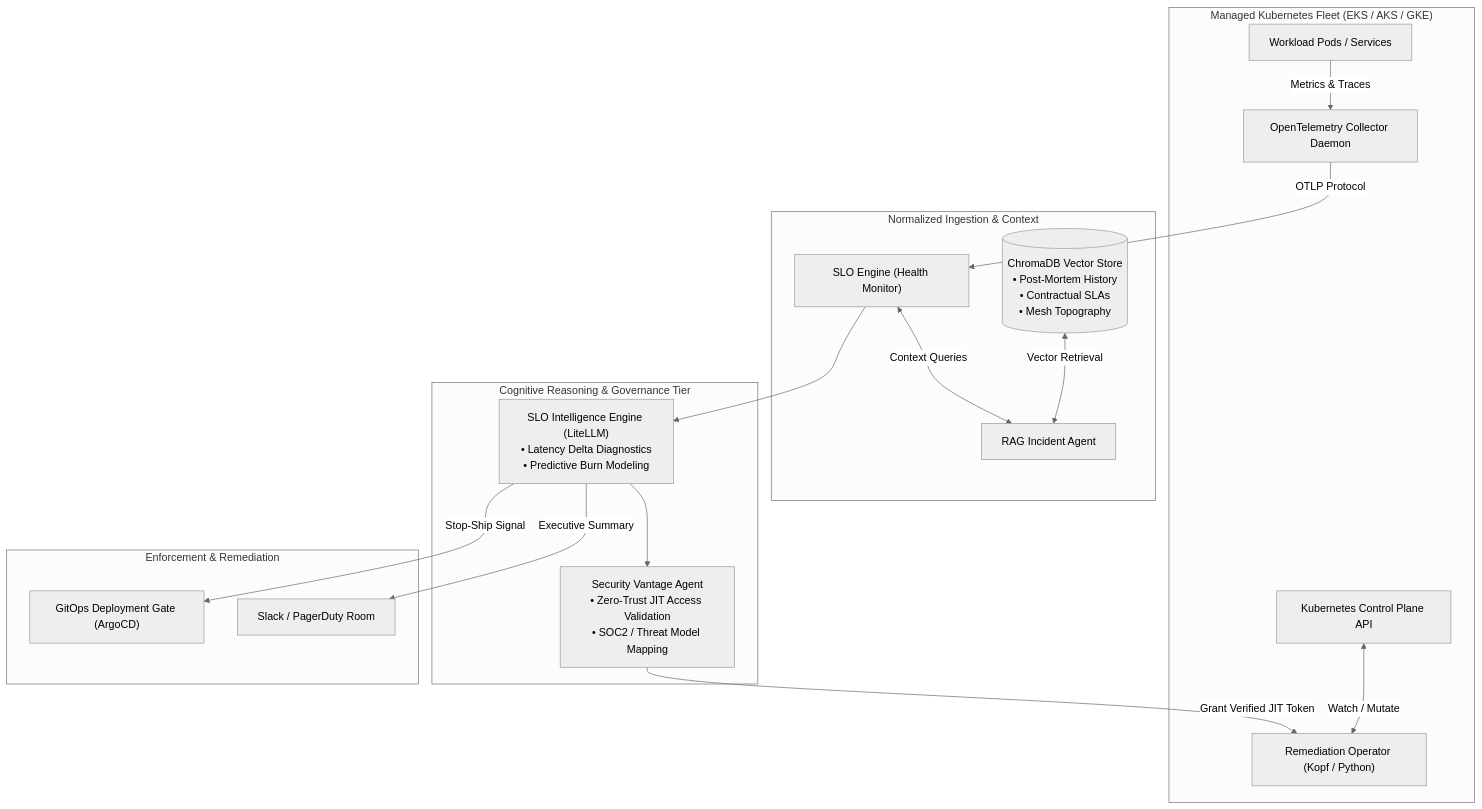
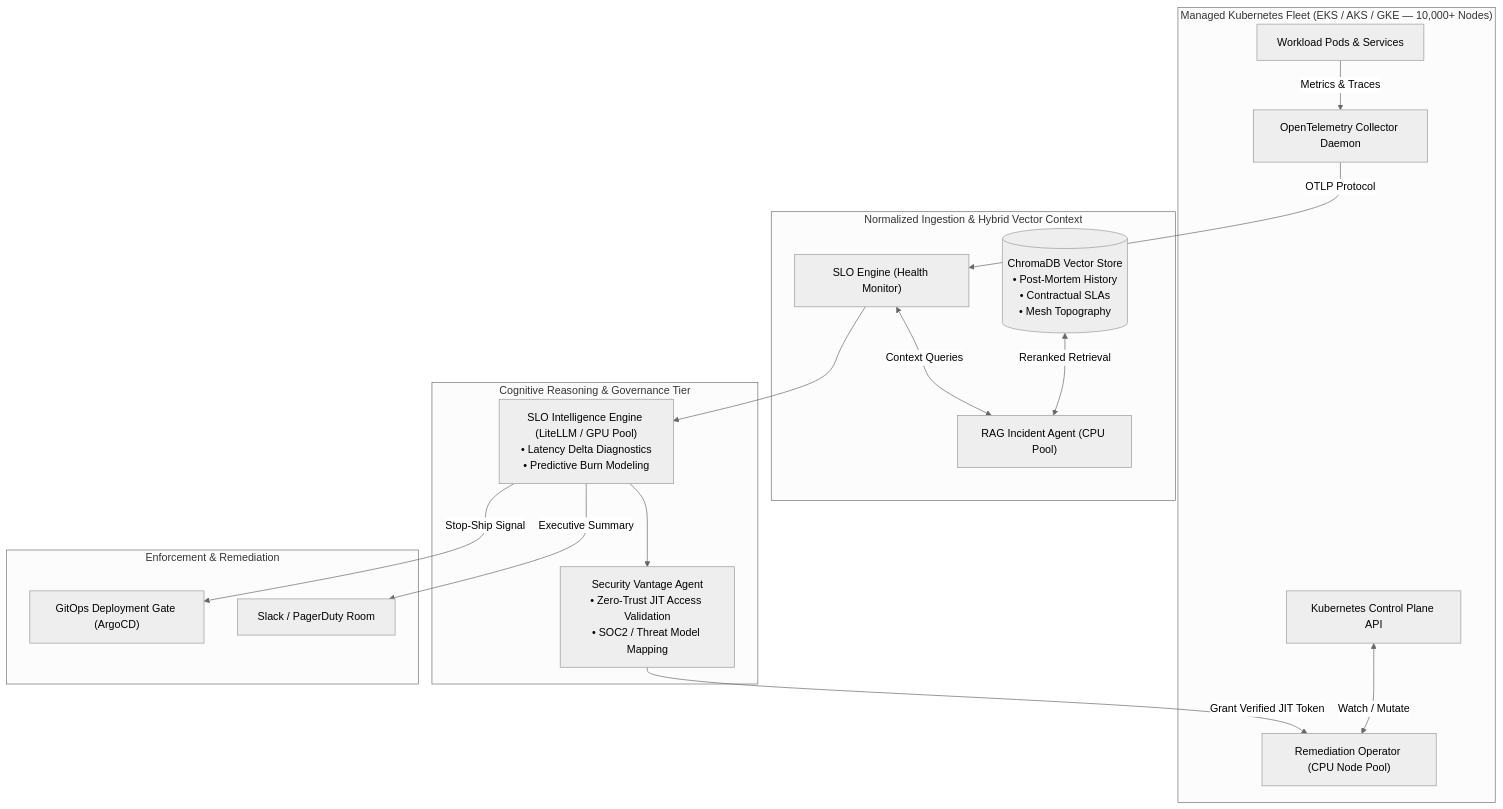
One commit to hoomanp/kube-sre-vantage changed the first of 2 diagrams in README.md. Above: the diagram before and after it, drawn with Mermaid (neutral theme). The commit also changed other lines of this file, not shown here.

Commit message:
docs: add CPU vs GPU orchestration node pool unbundling, RAG retrieval precision, and plain technical style

````diff
--- a/README.md
+++ b/README.md
@@ -45,24 +57,24 @@
 ```mermaid
 flowchart TD
-    subgraph K8sFleet["Managed Kubernetes Fleet (EKS / AKS / GKE)"]
-        Workload["Workload Pods / Services"] -->|Metrics & Traces| OTelDaemon["OpenTelemetry Collector Daemon"]
-        K8sAPI["Kubernetes Control Plane API"] <-->|Watch / Mutate| KopfCtrl["Remediation Operator (Kopf / Python)"]
+    subgraph K8sFleet["Managed Kubernetes Fleet (EKS / AKS / GKE — 10,000+ Nodes)"]
+        Workload["Workload Pods & Services"] -->|Metrics & Traces| OTelDaemon["OpenTelemetry Collector Daemon"]
+        K8sAPI["Kubernetes Control Plane API"] <-->|Watch / Mutate| KopfCtrl["Remediation Operator (CPU Node Pool)"]
     end
 
-    subgraph TelemetryBus["Normalized Ingestion & Context"]
+    subgraph TelemetryBus["Normalized Ingestion & Hybrid Vector Context"]
         OTelDaemon -->|OTLP Protocol| SLIEngine["SLO Engine (Health Monitor)"]
-        VectorDB[("ChromaDB Vector Store\n• Post-Mortem History\n• Contractual SLAs\n• Mesh Topography")] <-->|Vector Retrieval| RAG["RAG Incident Agent"]
+        VectorDB[("ChromaDB Vector Store\n• Post-Mortem History\n• Contractual SLAs\n• Mesh Topography")] <-->|Reranked Retrieval| RAG["RAG Incident Agent (CPU Pool)"]
     end
 
     subgraph IntelligencePlane["Cognitive Reasoning & Governance Tier"]
         SLIEngine <-->|Context Queries| RAG
-        SLIEngine --> LLMReasoning["SLO Intelligence Engine (LiteLLM)\n• Latency Delta Diagnostics\n• Predictive Burn Modeling"]
+        SLIEngine --> LLMReasoning["SLO Intelligence Engine (LiteLLM / GPU Pool)\n• Latency Delta Diagnostics\n• Predictive Burn Modeling"]
         LLMReasoning --> SecAgent["Security Vantage Agent\n• Zero-Trust JIT Access Validation\n• SOC2 / Threat Model Mapping"]
     end
 
     subgraph ExecutionPlane["Enforcement & Remediation"]
         SecAgent -->|Grant Verified JIT Token| KopfCtrl
         LLMReasoning -->|Stop-Ship Signal| GitOps["GitOps Deployment Gate (ArgoCD)"]
         LLMReasoning -->|Executive Summary| IncidentHub["Slack / PagerDuty Room"]
     end
 ```
````
